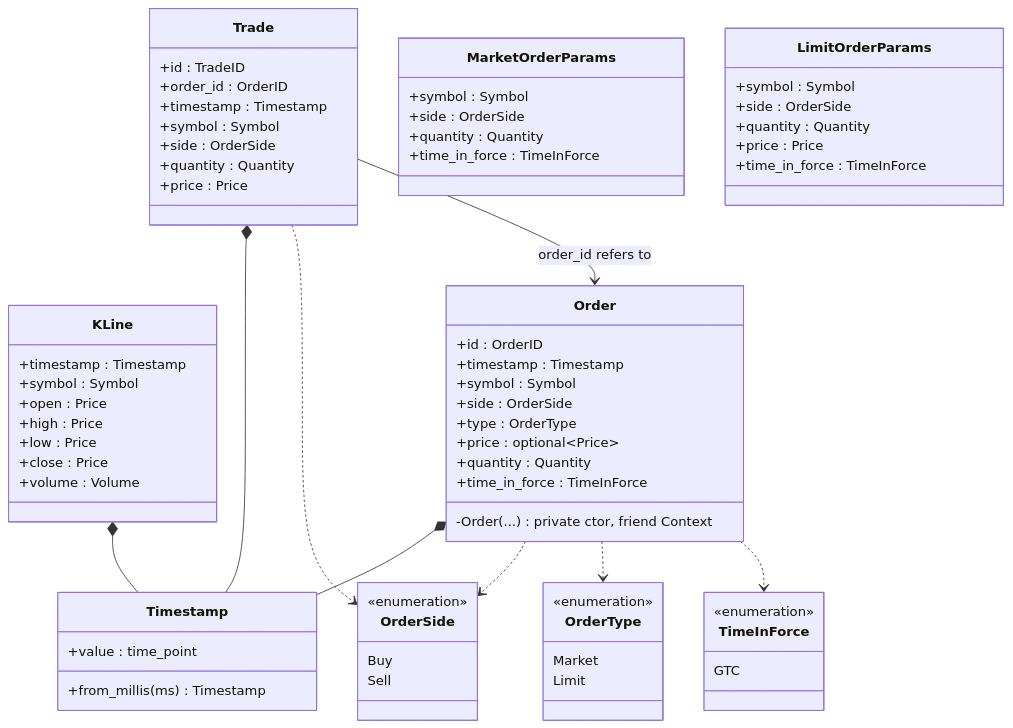
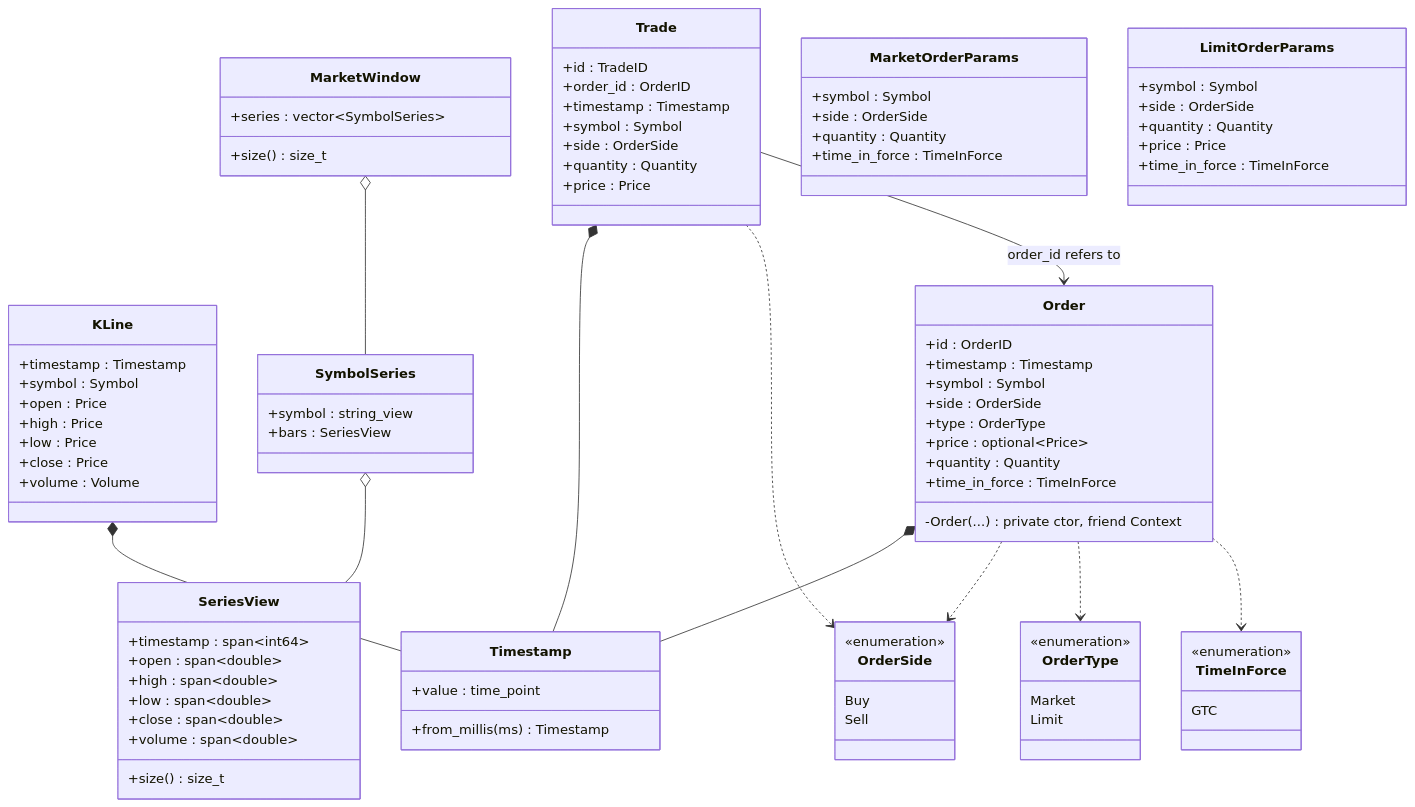
The second of 7 diagrams in docs/architecture.md (barberkman/stonks), drawn with Mermaid before and after one commit. The commit also changed other lines of this file and 25 other files, not shown here.

First line of the commit message:
Replace flat KLine feed with columnar per-timestamp multi-symbol window

```diff
--- a/docs/architecture.md
+++ b/docs/architecture.md
@@ -98,6 +97,25 @@
         +close : Price
         +volume : Volume
     }
+    class SeriesView {
+        +timestamp : span~int64~
+        +open : span~double~
+        +high : span~double~
+        +low : span~double~
+        +close : span~double~
+        +volume : span~double~
+        +size() size_t
+    }
+    class SymbolSeries {
+        +symbol : string_view
+        +bars : SeriesView
+    }
+    class MarketWindow {
+        +series : vector~SymbolSeries~
+        +size() size_t
+    }
+    MarketWindow o-- SymbolSeries
+    SymbolSeries o-- SeriesView
     class Order {
         +id : OrderID
         +timestamp : Timestamp
```
